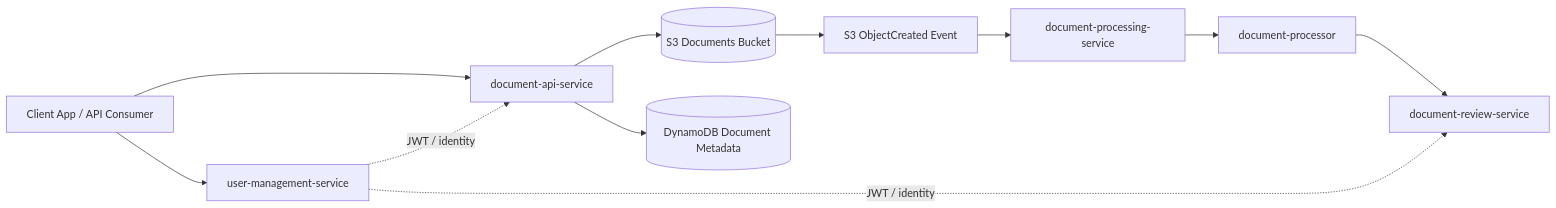
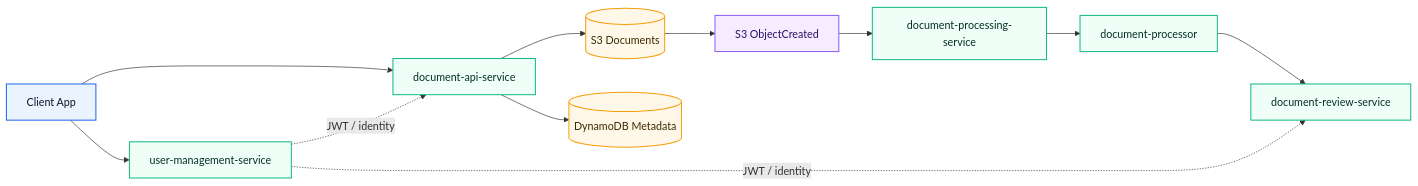
The first of 6 diagrams in applications/README.md (Github-Arun-Repo/terraform-labs), drawn with Mermaid before and after one commit. The commit also changed other lines of this file and 1 other file, not shown here.

Commit message:
Readme file for application - diagram changes

````diff
--- a/applications/README.md
+++ b/applications/README.md
@@ -31,16 +31,21 @@
 ```mermaid
 flowchart LR
-		Client[Client App / API Consumer] --> UMS[user-management-service]
-		Client --> API[document-api-service]
+	classDef edge fill:#EAF4FF,stroke:#2563EB,color:#0F172A,stroke-width:1.5px;
+	classDef svc fill:#EFFFF7,stroke:#10B981,color:#052E2B,stroke-width:1.5px;
+	classDef data fill:#FFF8E8,stroke:#F59E0B,color:#3B2A00,stroke-width:1.5px;
+	classDef event fill:#F5ECFF,stroke:#8B5CF6,color:#2E1065,stroke-width:1.5px;
 
-		API --> S3[(S3 Documents Bucket)]
-		API --> DDB[(DynamoDB Document Metadata)]
+	Client[Client App]:::edge --> UMS[user-management-service]:::svc
+	Client --> API[document-api-service]:::svc
 
-		S3 --> EVT[S3 ObjectCreated Event]
-		EVT --> ORCH[document-processing-service]
-		ORCH --> PROC[document-processor]
-		PROC --> REVIEW[document-review-service]
+	API --> S3[(S3 Documents)]:::data
+	API --> DDB[(DynamoDB Metadata)]:::data
 
-		UMS -. JWT / identity .-> API
-		UMS -. JWT / identity .-> REVIEW
+	S3 --> EVT[S3 ObjectCreated]:::event
+	EVT --> ORCH[document-processing-service]:::svc
+	ORCH --> PROC[document-processor]:::svc
+	PROC --> REVIEW[document-review-service]:::svc
+
+	UMS -. JWT / identity .-> API
+	UMS -. JWT / identity .-> REVIEW
 ```
````
